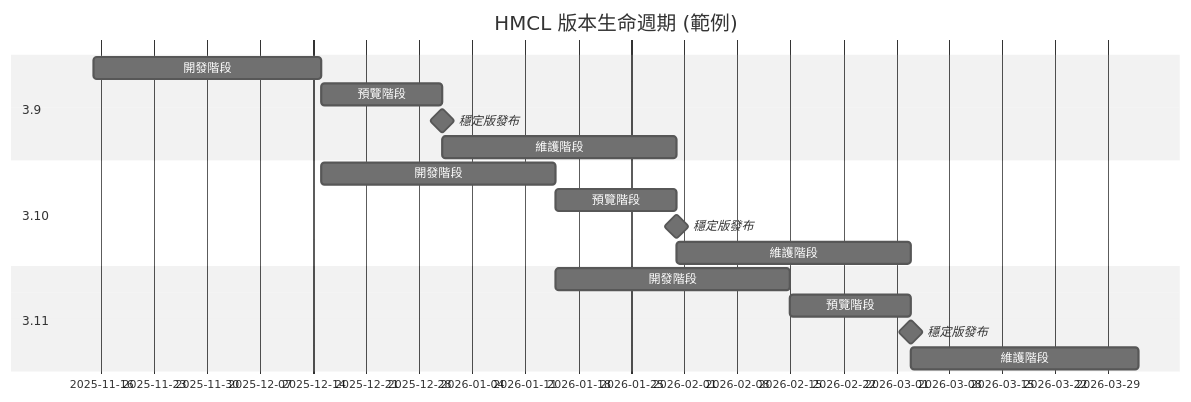
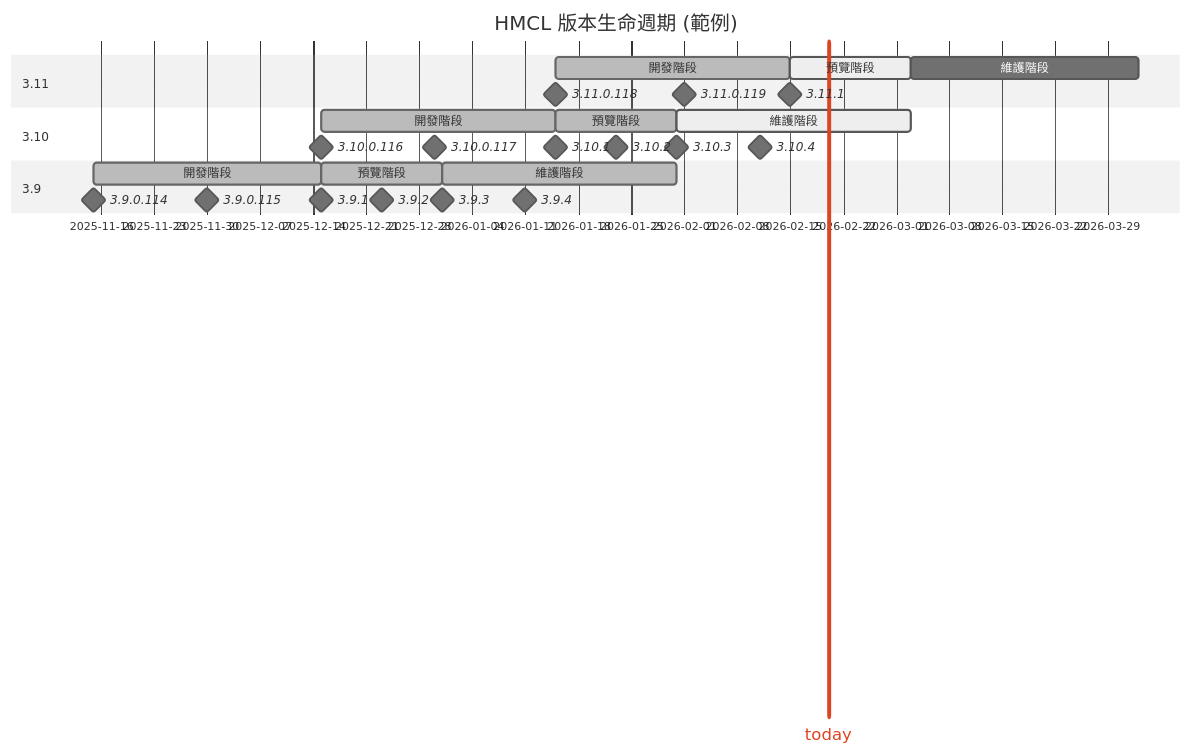
Before and after one commit to HMCL-dev/HMCL: the diagram in docs/ReleaseSchedule_zh_Hant.md, drawn with Mermaid (neutral theme). The commit also changed 2 other files, not shown here.

Commit message:
优化文档中的版本声明周期示例 (#5920)

````diff
--- a/docs/ReleaseSchedule_zh_Hant.md
+++ b/docs/ReleaseSchedule_zh_Hant.md
@@ -43,19 +43,35 @@
 ```mermaid
+---
+displayMode: compact
+---
 gantt
     title HMCL 版本生命週期 (範例)
+    section 3.11
+        today: vert, 2026-02-20, 0d
+        開發階段: done, c1, after b1, 31d
+        預覽階段: active, c2, after c1, 16d
+        維護階段: c3, after c2, 30d
+        3.11.0.118: milestone, after b1, 0d
+        3.11.0.119: milestone, 2026-02-01, 0d
+        3.11.1: milestone, after c1, 0d
+    section 3.10
+        開發階段: done, b1, after a1, 31d
+        預覽階段: done, b2, after b1, 16d
+        維護階段: active, b3, after b2, 31d
+        3.10.0.116: milestone, after a1, 0d
+        3.10.0.117: milestone, 2025-12-30, 0d
+        3.10.1: milestone, after b1, 0d
+        3.10.2: milestone, 2026-01-23, 0d
+        3.10.3: milestone, after b2, 0d
+        3.10.4: milestone, 2026-02-11, 0d
     section 3.9
-        開發階段: a1, 2025-11-15, 30d
-        預覽階段: a2, after a1, 16d
-        穩定版發布: milestone, after a2, 0d
-        維護階段: a3, after a2, 31d
-    section 3.10
-        開發階段: b1, after a1, 31d
-        預覽階段: b2, after b1, 16d
-        穩定版發布: milestone, after b2, 0d
-        維護階段: b3, after b2, 31d
-    section 3.11
-        開發階段: c1, after b1, 31d
-        預覽階段: c2, after c1, 16d
-        穩定版發布: milestone, after c2, 0d
-        維護階段: c3, after c2, 30d
+        開發階段: done, a1, 2025-11-15, 30d
+        預覽階段: done, a2, after a1, 16d
+        維護階段: done, a3, after a2, 31d
+        3.9.0.114: milestone, 2025-11-15, 0d
+        3.9.0.115: milestone, 2025-11-30, 0d
+        3.9.1: milestone, after a1, 0d
+        3.9.2: milestone, 2025-12-23, 0d
+        3.9.3: milestone, after a2, 0d
+        3.9.4: milestone, 2026-01-11, 0d
 ```
````
